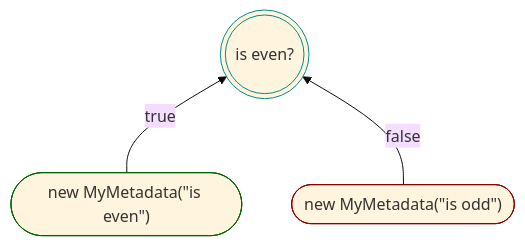
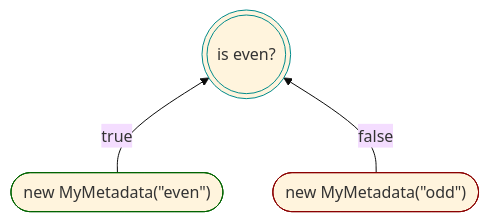
One commit to karlssberg/Motiv changed the fourth of 5 diagrams in index.md. Above: the diagram before and after it, drawn with Mermaid (base theme).

Commit message:
Fixed typo in diagram

````diff
--- a/index.md
+++ b/index.md
@@ -142,10 +142,10 @@
 ```mermaid
 flowchart BT
 
-    True([new MyMetadata&lpar;&quot;is even&quot;&rpar;]) -->|true| P(((is even?)))
-    False([new MyMetadata&lpar;&quot;is odd&quot;&rpar;]) -->|false| P
+    True([new MyMetadata&lpar;&quot;even&quot;&rpar;]) -->|true| P(((is even?)))
+    False([new MyMetadata&lpar;&quot;odd&quot;&rpar;]) -->|false| P
 
     style P stroke:darkcyan
     style True stroke:darkgreen
     style False stroke:darkred
 ```
````
